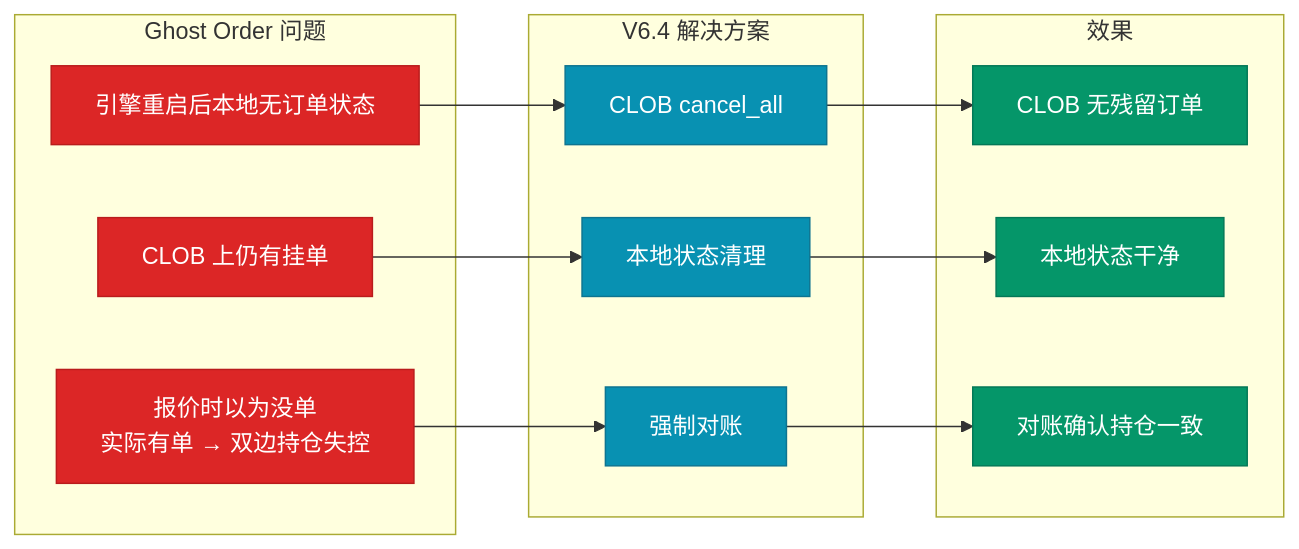
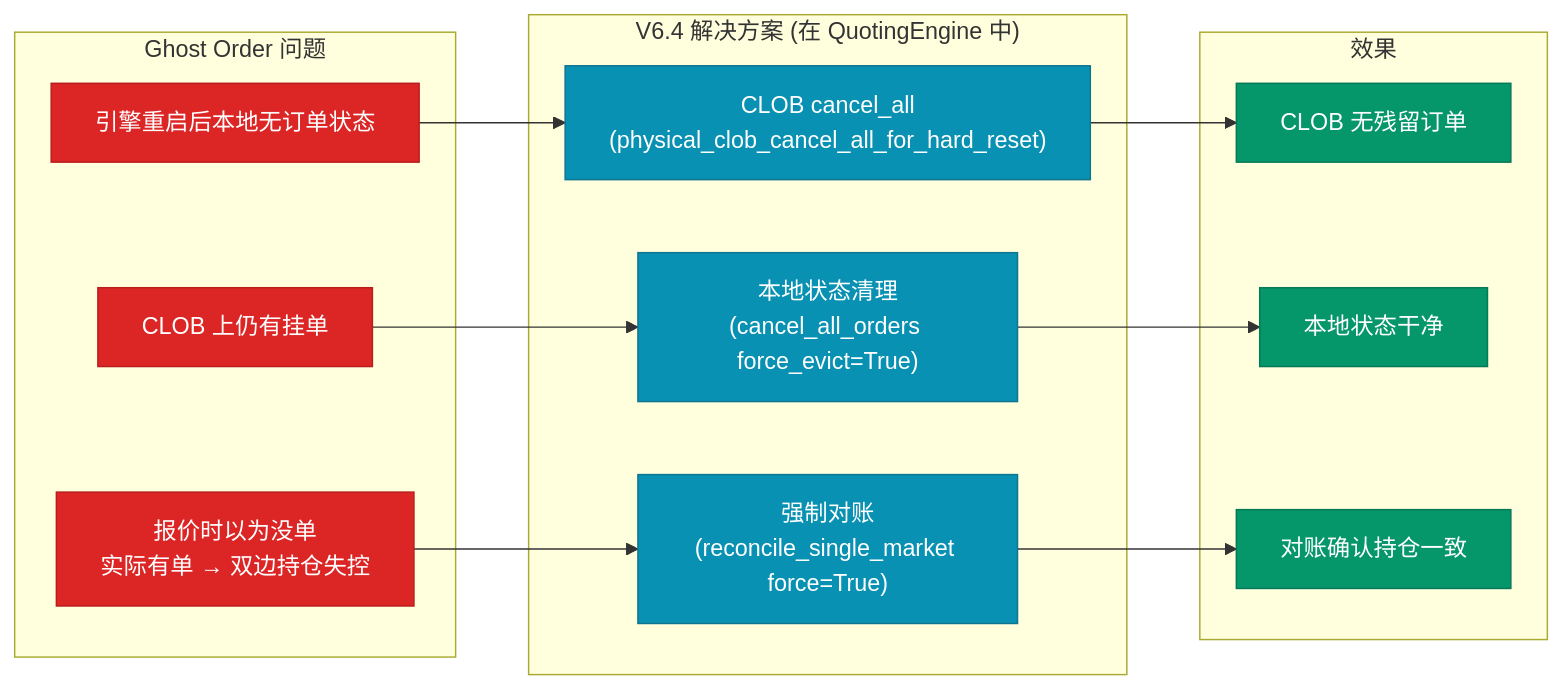
Before and after one commit to liu-kaining/PolyMatrixEngine: the second of 3 diagrams in spec/architecture_diagrams/10_hard_reset_flow.md, drawn with Mermaid. The commit also changed other lines of this file and 11 other files, not shown here.

````diff
--- a/spec/architecture_diagrams/10_hard_reset_flow.md
+++ b/spec/architecture_diagrams/10_hard_reset_flow.md
@@ -147,42 +144,42 @@
 ```mermaid
 %%{init: {'theme': 'base', 'themeVariables': {
   'primaryColor': '#1e3a5f',
   'primaryTextColor': '#ffffff',
   'primaryBorderColor': '#334155',
   'lineColor': '#64748b'
 }}%%
 flowchart LR
     subgraph Problem["Ghost Order 问题"]
         P1["引擎重启后本地无订单状态"]
         P2["CLOB 上仍有挂单"]
         P3["报价时以为没单<br/>实际有单 → 双边持仓失控"]
     end
 
-    subgraph Solution["V6.4 解决方案"]
-        S1["CLOB cancel_all"]
-        S2["本地状态清理"]
-        S3["强制对账"]
+    subgraph Solution["V6.4 解决方案 (在 QuotingEngine 中)"]
+        S1["CLOB cancel_all<br/>(physical_clob_cancel_all_for_hard_reset)"]
+        S2["本地状态清理<br/>(cancel_all_orders force_evict=True)"]
+        S3["强制对账<br/>(reconcile_single_market force=True)"]
     end
 
     subgraph Result["效果"]
         R1["CLOB 无残留订单"]
         R2["本地状态干净"]
         R3["对账确认持仓一致"]
     end
 
     P1 --> S1
     P2 --> S2
     P3 --> S3
 
     S1 --> R1
     S2 --> R2
     S3 --> R3
 
     classDef problem fill:#dc2626,stroke:#b91c1c,color:#fff
     classDef solution fill:#0891b2,stroke:#0e7490,color:#fff
     classDef result fill:#059669,stroke:#047857,color:#fff
 
     class P1,P2,P3 problem
     class S1,S2,S3 solution
     class R1,R2,R3 result
 ```
````
